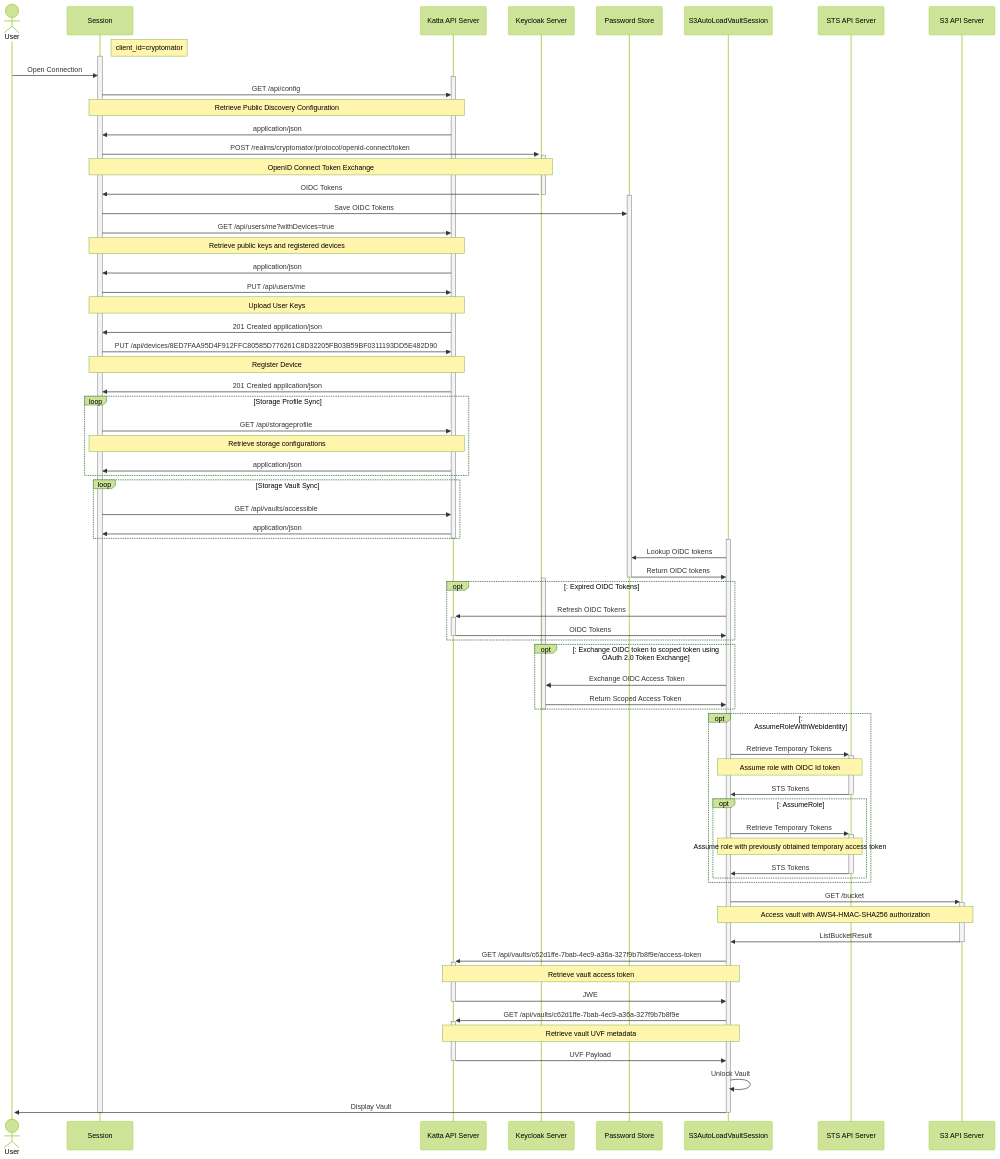
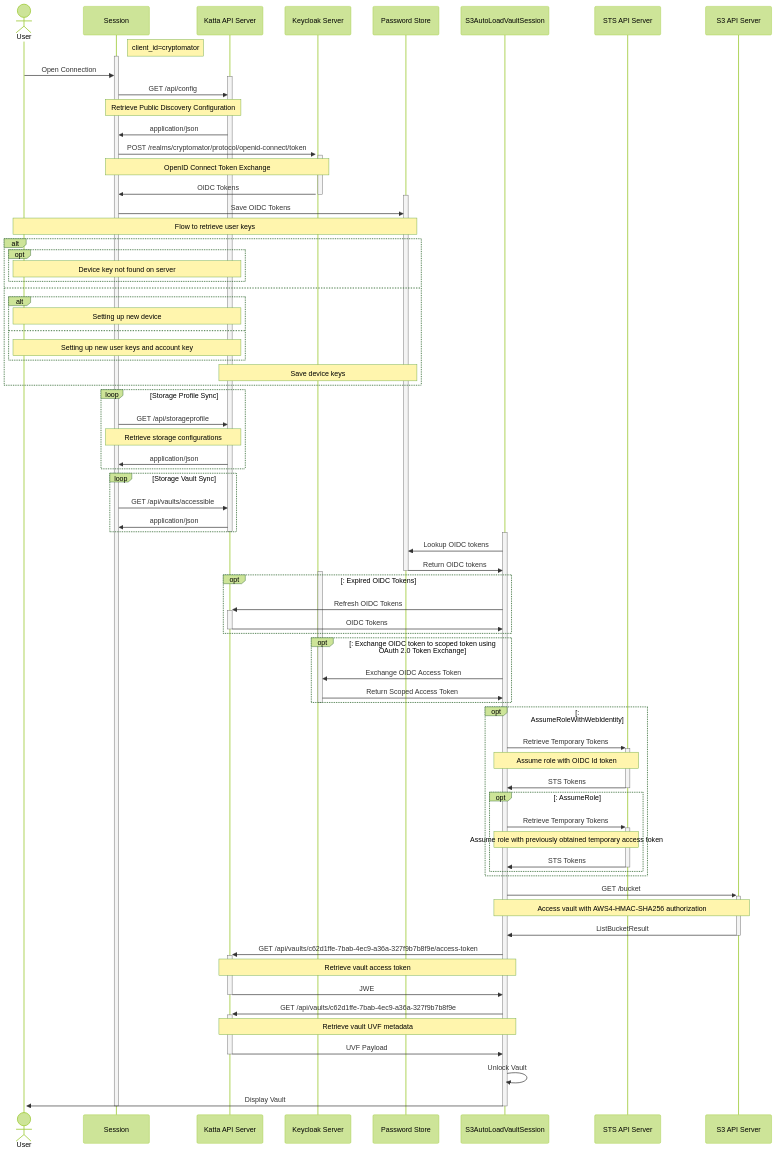
Before and after one commit to shift7-ch/katta-clientlib: the second of 2 diagrams in README.md, drawn with Mermaid (forest theme).

Commit message:
Refer to flow to retrieve user keys.

```diff
--- a/README.md
+++ b/README.md
@@ -95,17 +95,20 @@
     activate keychain
     session->>keychain: Save OIDC Tokens
 
-    session->>katta: GET /api/users/me?withDevices=true
-    Note over session,katta: Retrieve public keys and registered devices
-    katta->>session: application/json
+    Note over User,keychain: Flow to retrieve user keys
+    alt
+        opt
+            Note over User,katta: Device key not found on server
+        end
+    else
+        alt
+            Note over User,katta: Setting up new device
+        else
+            Note over User,katta: Setting up new user keys and account key
+        end
+        Note over katta,keychain: Save device keys
+    end
 
-    session->>katta: PUT /api/users/me
-    Note over session,katta: Upload User Keys
-    katta->>session: 201 Created application/json
-
-    session->>katta: PUT /api/devices/8ED7FAA95D4F912FFC80585D776261C8D32205FB03B59BF0311193DD5E482D90
-    Note over session,katta: Register Device
-    katta->>session: 201 Created application/json
 
     loop Storage Profile Sync
         session->>katta: GET /api/storageprofile
```
